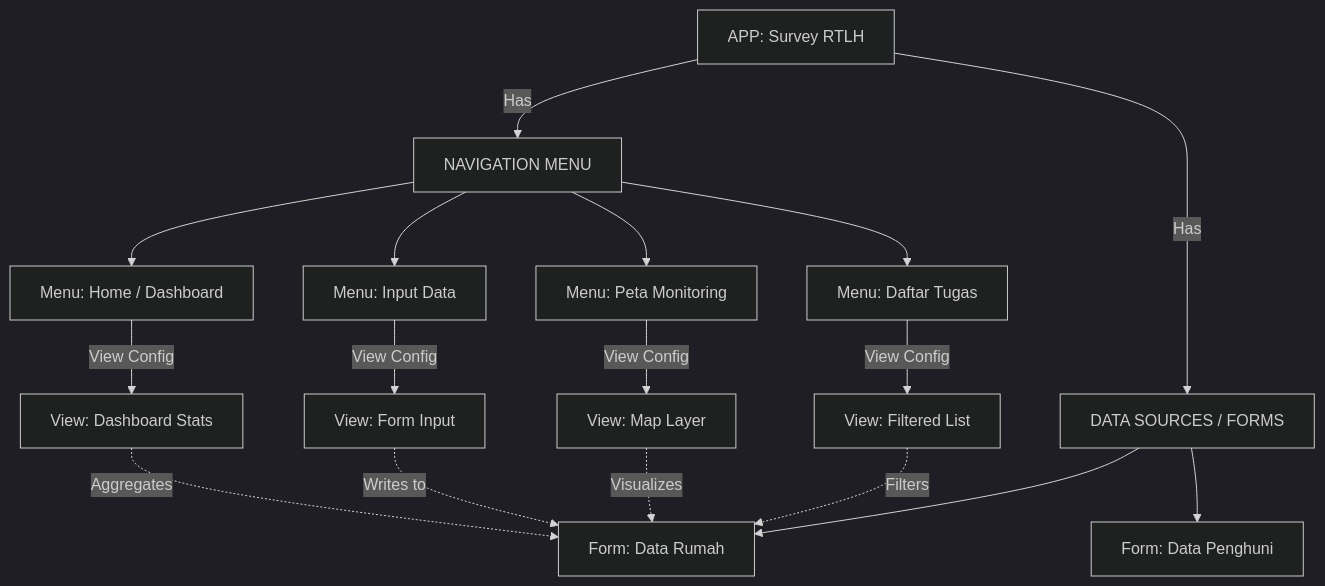
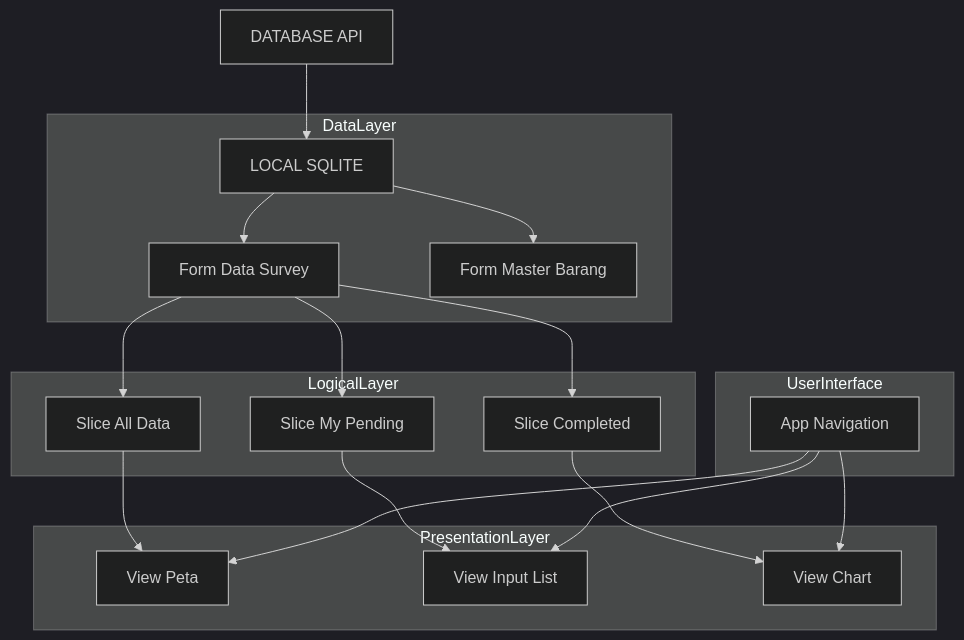
One commit to ihkaru/cerdas changed the first of 6 diagrams in docs/FORM_EDITOR_WORKFLOW.md. Above: the diagram before and after it, drawn with Mermaid (dark theme). The commit also changed other lines of this file and 44 other files, not shown here.

````diff
--- a/docs/FORM_EDITOR_WORKFLOW.md
+++ b/docs/FORM_EDITOR_WORKFLOW.md
@@ -15,23 +16,27 @@
 ```mermaid
 graph TD
-    App[APP: Survey RTLH] -->|Has| Menu[NAVIGATION MENU]
-    App -->|Has| Forms[DATA SOURCES / FORMS]
+    Data[DATABASE API] --> LocalDB[LOCAL SQLITE]
     
-    Forms --> Form1[Form: Data Rumah]
-    Forms --> Form2[Form: Data Penghuni]
-    
-    Menu --> Item1[Menu: Home / Dashboard]
-    Menu --> Item2[Menu: Input Data]
-    Menu --> Item3[Menu: Peta Monitoring]
-    Menu --> Item4[Menu: Daftar Tugas]
+    subgraph DataLayer
+        LocalDB --> Table1[Form Data Survey]
+        LocalDB --> Table2[Form Master Barang]
+    end
 
-    Item1 -->|View Config| View1[View: Dashboard Stats]
-    Item2 -->|View Config| View2[View: Form Input]
-    Item3 -->|View Config| View3[View: Map Layer]
-    Item4 -->|View Config| View4[View: Filtered List]
+    subgraph LogicalLayer
+        Table1 --> Slice1[Slice All Data]
+        Table1 --> Slice2[Slice My Pending]
+        Table1 --> Slice3[Slice Completed]
+    end
 
-    View1 -.->|Aggregates| Form1
-    View2 -.->|Writes to| Form1
-    View3 -.->|Visualizes| Form1
-    View4 -.->|Filters| Form1
+    subgraph PresentationLayer
+        Slice1 --> ViewMap[View Peta]
+        Slice2 --> ViewList[View Input List]
+        Slice3 --> ViewChart[View Chart]
+    end
+
+    subgraph UserInterface
+        Nav[App Navigation] --> ViewMap
+        Nav --> ViewList
+        Nav --> ViewChart
+    end
 ```
````
